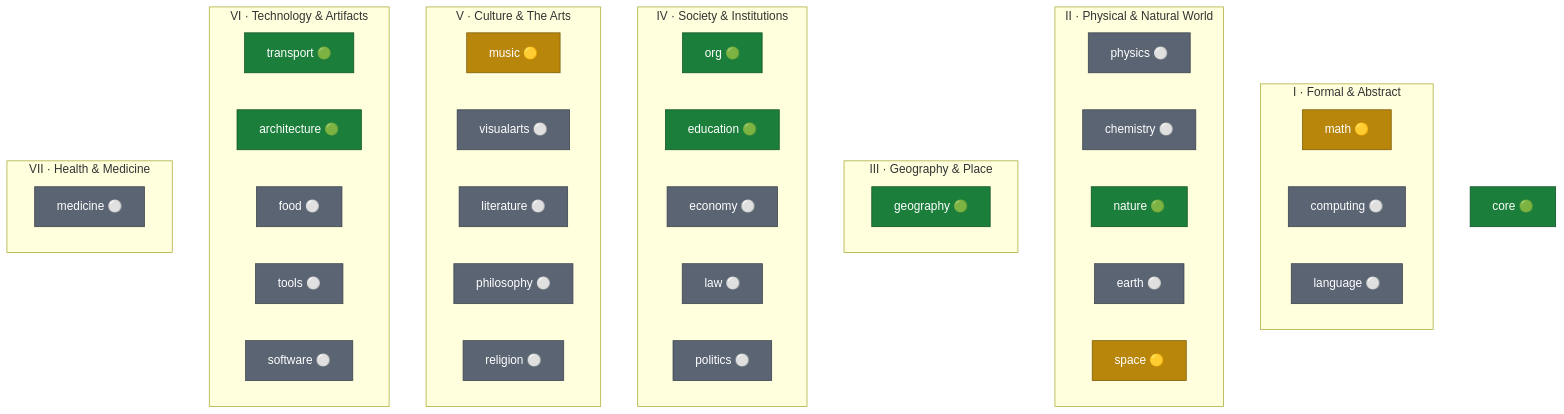
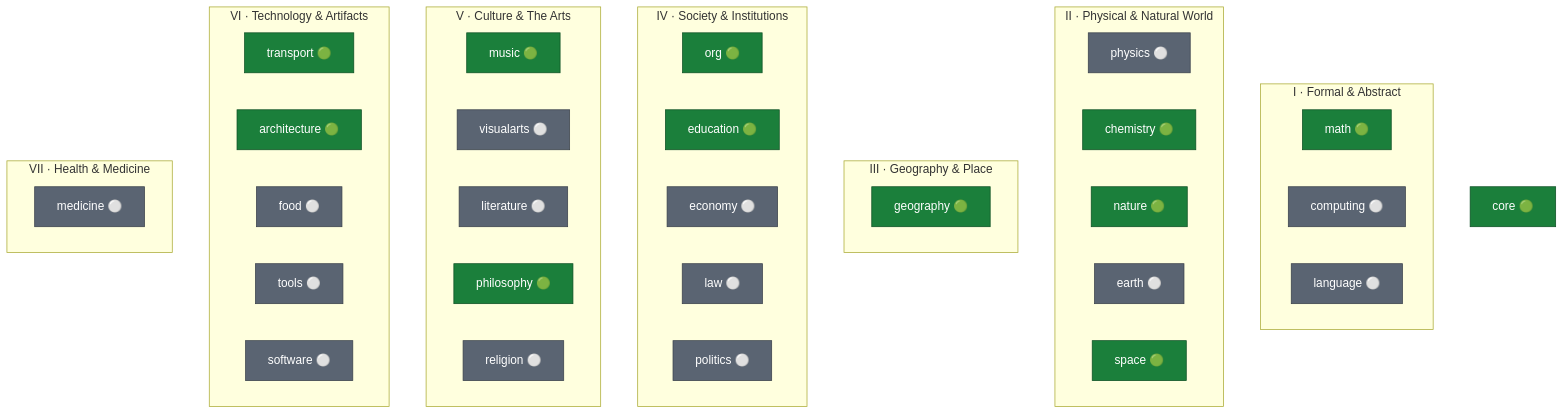
Before and after one commit to WMOOP/wmoop.doc: the first of 2 diagrams in docs/06-domain-taxonomy.md, drawn with Mermaid. The commit also changed other lines of this file and 8 other files, not shown here.

````diff
--- a/docs/06-domain-taxonomy.md
+++ b/docs/06-domain-taxonomy.md
@@ -167,53 +174,53 @@
 ```mermaid
 flowchart TB
   core["core 🟢"]:::seed
 
   subgraph I["I · Formal & Abstract"]
     direction LR
-    math["math 🟡"]:::plan
+    math["math 🟢"]:::seed
     computing["computing ⚪"]:::cand
     language["language ⚪"]:::cand
   end
   subgraph II["II · Physical & Natural World"]
     direction LR
     physics["physics ⚪"]:::cand
-    chemistry["chemistry ⚪"]:::cand
+    chemistry["chemistry 🟢"]:::seed
     nature["nature 🟢"]:::seed
     earth["earth ⚪"]:::cand
-    space["space 🟡"]:::plan
+    space["space 🟢"]:::seed
   end
   subgraph III["III · Geography & Place"]
     geography["geography 🟢"]:::seed
   end
   subgraph IV["IV · Society & Institutions"]
     direction LR
     org["org 🟢"]:::seed
     education["education 🟢"]:::seed
     economy["economy ⚪"]:::cand
     law["law ⚪"]:::cand
     politics["politics ⚪"]:::cand
   end
   subgraph V["V · Culture & The Arts"]
     direction LR
-    music["music 🟡"]:::plan
+    music["music 🟢"]:::seed
     visualarts["visualarts ⚪"]:::cand
     literature["literature ⚪"]:::cand
-    philosophy["philosophy ⚪"]:::cand
+    philosophy["philosophy 🟢"]:::seed
     religion["religion ⚪"]:::cand
   end
   subgraph VI["VI · Technology & Artifacts"]
     direction LR
     transport["transport 🟢"]:::seed
     architecture["architecture 🟢"]:::seed
     food["food ⚪"]:::cand
     tools["tools ⚪"]:::cand
     software["software ⚪"]:::cand
   end
   subgraph VII["VII · Health & Medicine"]
     medicine["medicine ⚪"]:::cand
   end
 
   classDef seed fill:#1b7f3b,stroke:#0d5024,color:#fff;
   classDef plan fill:#b8860b,stroke:#7a5a07,color:#fff;
   classDef cand fill:#5a6472,stroke:#3a414b,color:#fff;
 ```
````
